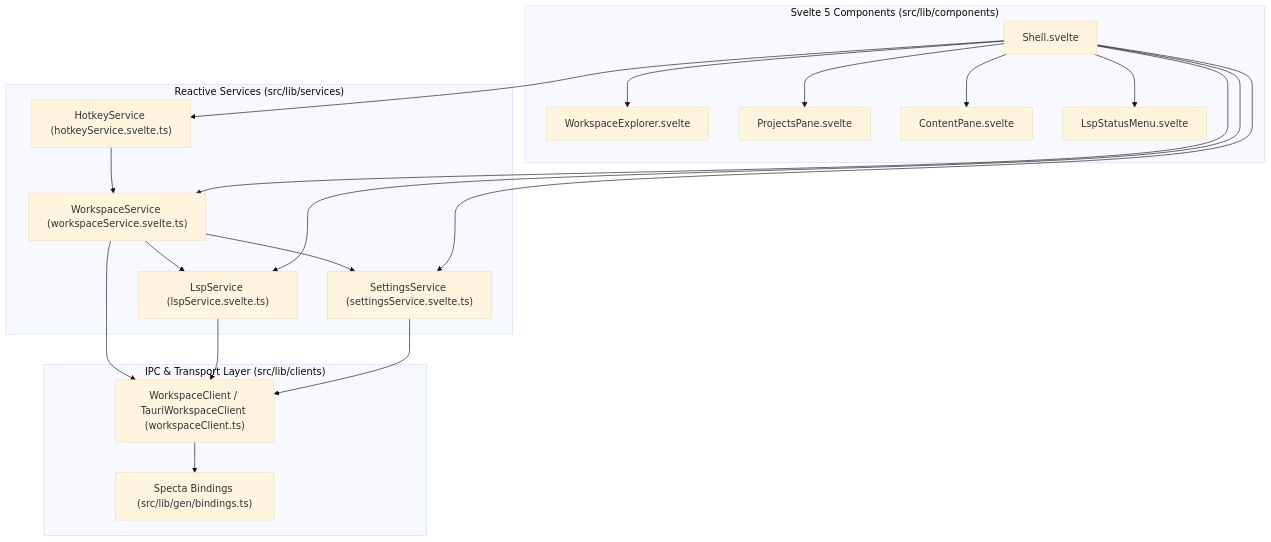
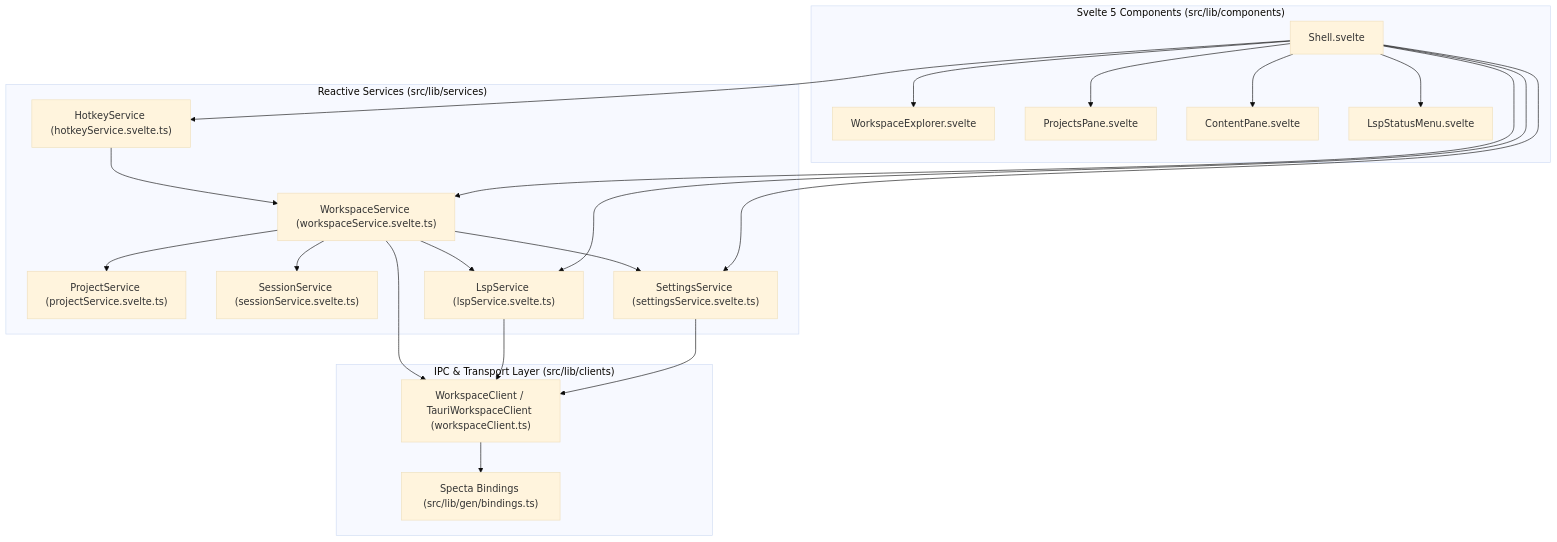
The first of 3 diagrams in docs/architecture/web/index.md (difflab-io/lgtm), drawn with Mermaid (base theme) before and after one commit. The commit also changed 43 other files, not shown here.

````diff
--- a/docs/architecture/web/index.md
+++ b/docs/architecture/web/index.md
@@ -43,38 +43,42 @@
 ```mermaid
 flowchart TB
     subgraph Components["Svelte 5 Components (src/lib/components)"]
         SHELL["Shell.svelte"]
         EXPLORER["WorkspaceExplorer.svelte"]
         PROJECTS["ProjectsPane.svelte"]
         CONTENT["ContentPane.svelte"]
         LSP_MENU["LspStatusMenu.svelte"]
         SHELL --> EXPLORER
         SHELL --> PROJECTS
         SHELL --> CONTENT
         SHELL --> LSP_MENU
     end
 
     subgraph Services["Reactive Services (src/lib/services)"]
         HOTKEY_SVC["HotkeyService (hotkeyService.svelte.ts)"]
         WS_SVC["WorkspaceService (workspaceService.svelte.ts)"]
+        PROJ_SVC["ProjectService (projectService.svelte.ts)"]
+        SESS_SVC["SessionService (sessionService.svelte.ts)"]
         LSP_SVC["LspService (lspService.svelte.ts)"]
         SET_SVC["SettingsService (settingsService.svelte.ts)"]
         HOTKEY_SVC --> WS_SVC
+        WS_SVC --> PROJ_SVC
+        WS_SVC --> SESS_SVC
         WS_SVC --> LSP_SVC
         WS_SVC --> SET_SVC
     end
 
     subgraph Client["IPC & Transport Layer (src/lib/clients)"]
         WS_CLIENT["WorkspaceClient / TauriWorkspaceClient (workspaceClient.ts)"]
         BINDINGS["Specta Bindings (src/lib/gen/bindings.ts)"]
         WS_CLIENT --> BINDINGS
     end
 
     SHELL --> HOTKEY_SVC
     SHELL --> WS_SVC
     SHELL --> LSP_SVC
     SHELL --> SET_SVC
     WS_SVC --> WS_CLIENT
     LSP_SVC --> WS_CLIENT
     SET_SVC --> WS_CLIENT
 ```
````
